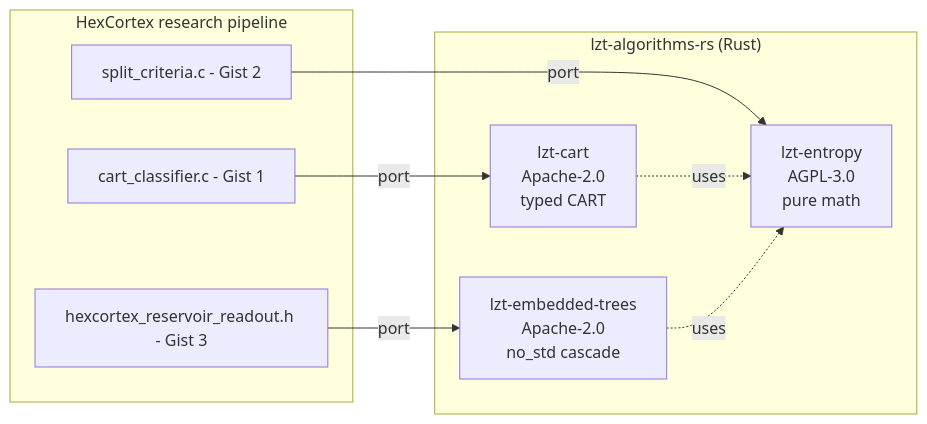
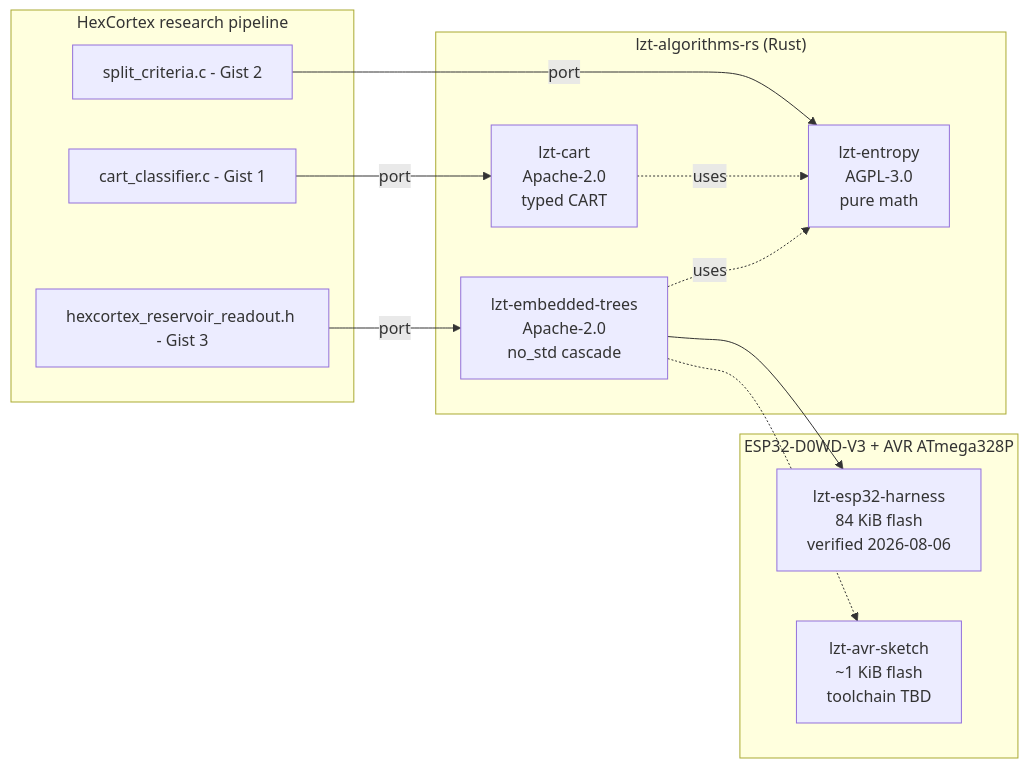
The diagram in README.md (LOUST-PRO/lzt-algorithms-rs), drawn with Mermaid before and after one commit. The commit also changed other lines of this file and 5 other files, not shown here.

First line of the commit message:
docs(embedded): verified ESP32-D0WD-V3 recipe + OTA profile strategy + anti-patterns

````diff
--- a/README.md
+++ b/README.md
@@ -28,20 +45,27 @@
 ```mermaid
 flowchart LR
     subgraph HexCortex["HexCortex research pipeline"]
         C[cart_classifier.c - Gist 1]
         S[split_criteria.c - Gist 2]
         E[hexcortex_reservoir_readout.h - Gist 3]
     end
 
     subgraph RS["lzt-algorithms-rs (Rust)"]
         LC[lzt-cart<br/>Apache-2.0<br/>typed CART]
         LE[lzt-entropy<br/>AGPL-3.0<br/>pure math]
         LT[lzt-embedded-trees<br/>Apache-2.0<br/>no_std cascade]
     end
 
+    subgraph Embedded["ESP32-D0WD-V3 + AVR ATmega328P"]
+        ESP[lzt-esp32-harness<br/>84 KiB flash<br/>verified 2026-08-06]
+        AVR[lzt-avr-sketch<br/>~1 KiB flash<br/>toolchain TBD]
+    end
+
     C -->|port| LC
     S -->|port| LE
     E -->|port| LT
     LC -.uses.-> LE
     LT -.uses.-> LE
+    LT --> ESP
+    LT -.-> AVR
 ```
````
